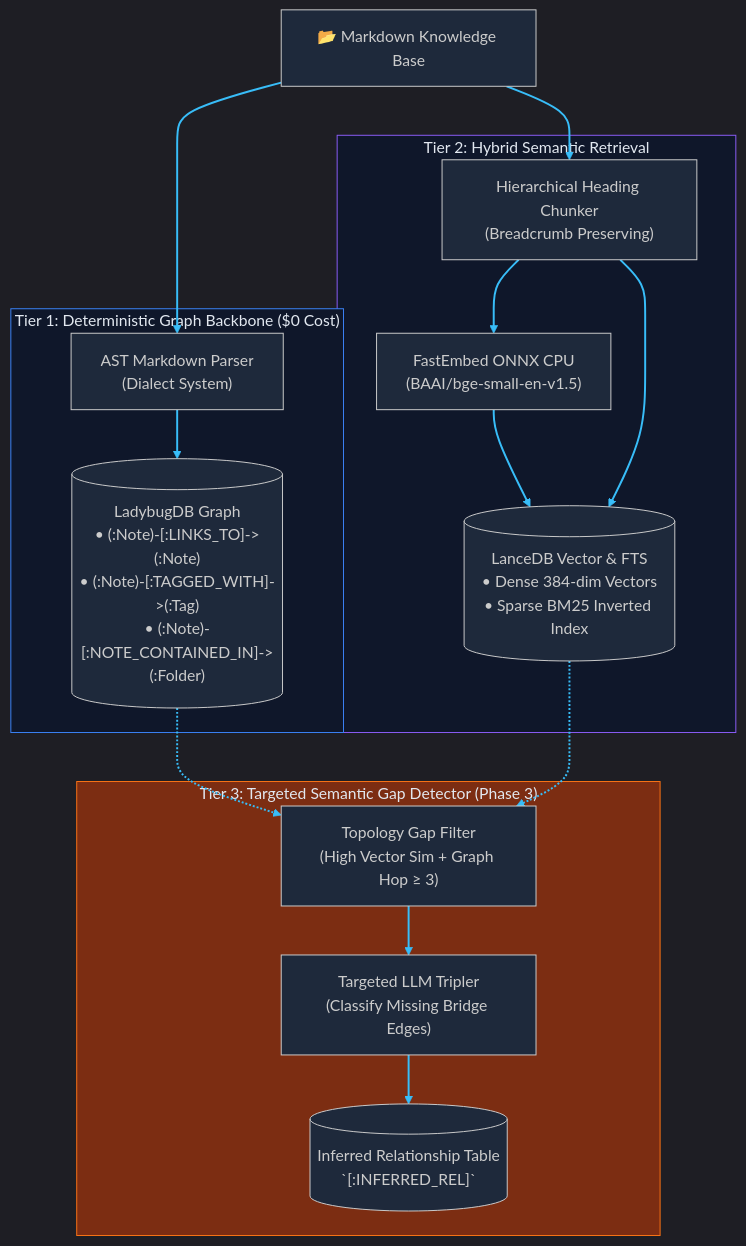
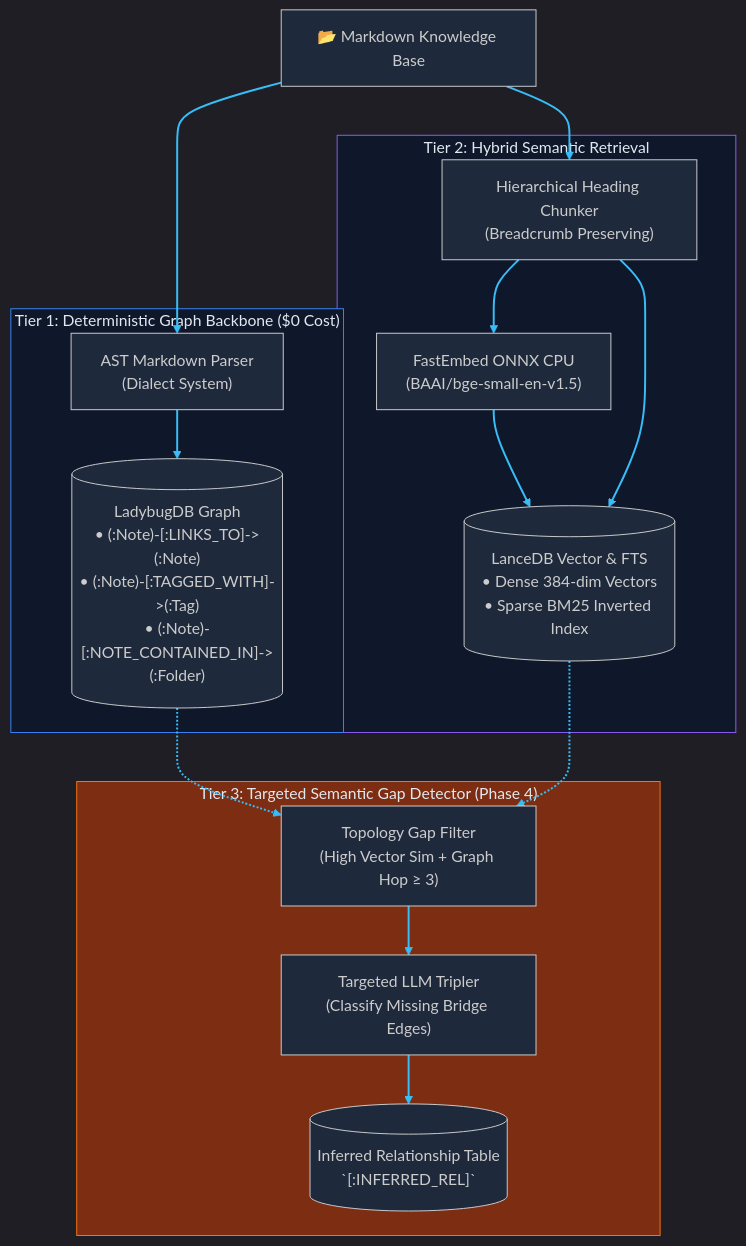
Before and after one commit to dev-hashemi/pkmrag: the diagram in docs/architecture.md, drawn with Mermaid. The commit also changed other lines of this file and 32 other files, not shown here.

First line of the commit message:
feat(discovery): implement Phase 4 semantic gap detection and pydantic settings

````diff
--- a/docs/architecture.md
+++ b/docs/architecture.md
@@ -11,36 +11,36 @@
 ```mermaid
 %%{init: {'theme': 'dark', 'themeVariables': { 'darkMode': true, 'background': 'transparent', 'mainBkg': '#1e293b', 'primaryColor': '#1e293b', 'primaryBorderColor': '#3b82f6', 'primaryTextColor': '#f8fafc', 'lineColor': '#38bdf8', 'edgeLabelBackground': '#1e293b' }}}%%
 flowchart TD
     Vault["📂 Markdown Knowledge Base"]
 
     subgraph T1["Tier 1: Deterministic Graph Backbone ($0 Cost)"]
         Parser["AST Markdown Parser\n(Dialect System)"]
         Ladybug[("LadybugDB Graph\n• (:Note)-[:LINKS_TO]->(:Note)\n• (:Note)-[:TAGGED_WITH]->(:Tag)\n• (:Note)-[:NOTE_CONTAINED_IN]->(:Folder)")]
         Parser --> Ladybug
     end
 
     subgraph T2["Tier 2: Hybrid Semantic Retrieval"]
         Chunker["Hierarchical Heading Chunker\n(Breadcrumb Preserving)"]
         Embedder["FastEmbed ONNX CPU\n(BAAI/bge-small-en-v1.5)"]
         Lance[("LanceDB Vector & FTS\n• Dense 384-dim Vectors\n• Sparse BM25 Inverted Index")]
         Chunker --> Embedder --> Lance
         Chunker --> Lance
     end
 
-    subgraph T3["Tier 3: Targeted Semantic Gap Detector (Phase 3)"]
+    subgraph T3["Tier 3: Targeted Semantic Gap Detector (Phase 4)"]
         Filter["Topology Gap Filter\n(High Vector Sim + Graph Hop ≥ 3)"]
         LLM["Targeted LLM Tripler\n(Classify Missing Bridge Edges)"]
         Inferred[("Inferred Relationship Table\n`[:INFERRED_REL]`")]
         Ladybug -.-> Filter
         Lance -.-> Filter
         Filter --> LLM --> Inferred
     end
 
     Vault --> Parser
     Vault --> Chunker
 
     style T1 fill:#0f172a,stroke:#3b82f6,color:#e2e8f0
     style T2 fill:#0f172a,stroke:#8b5cf6,color:#e2e8f0
     style T3 fill:#7c2d12,stroke:#f97316,color:#e2e8f0
     linkStyle default stroke:#38bdf8,stroke-width:2px;
 ```
````
